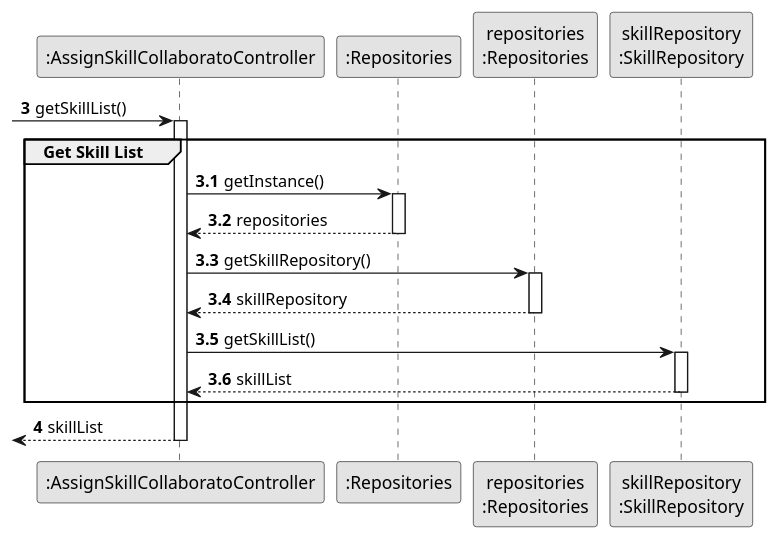
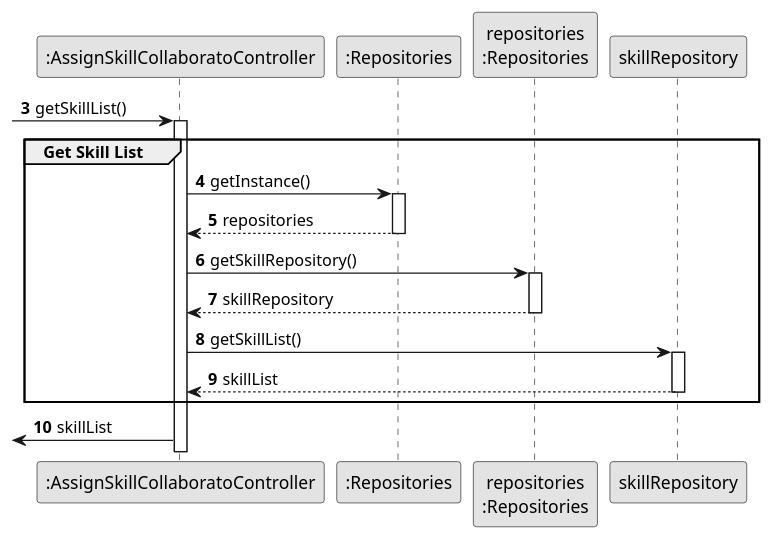
One commit to SAEmanuel/Green_Spaces_Management_ISEP changed the diagram in docs/sprintB/us004/03.design/puml/us004-sequence-diagram-partial-get-skill-list.puml. Above: the diagram before and after it, drawn with PlantUML. The commit also changed 31 other files, not shown here.

```diff
--- a/docs/sprintB/us004/03.design/puml/us004-sequence-diagram-partial-get-skill-list.puml
+++ b/docs/sprintB/us004/03.design/puml/us004-sequence-diagram-partial-get-skill-list.puml
@@ -1,48 +1,43 @@
 @startuml
 skinparam monochrome true
 skinparam packageStyle rectangle
 skinparam shadowing false
 
 autonumber
 
 'hide footbox
 
 participant ":AssignSkillCollaboratoController" as CTRL
 participant ":Repositories" as RepositorySingleton
 participant "repositories\n:Repositories" as PLAT
-participant "skillRepository\n:SkillRepository" as TaskCategoryRepository
 
 autonumber 3
 
- -> CTRL : getSkillList()
-autonumber 3.1
+ -> CTRL :getSkillList()
+
 activate CTRL
-    group Get Skill List
-
+group Get Skill List
 
             CTRL -> RepositorySingleton : getInstance()
             activate RepositorySingleton
 
-                RepositorySingleton --> CTRL: repositories
+            RepositorySingleton --> CTRL : repositories
             deactivate RepositorySingleton
 
             CTRL -> PLAT : getSkillRepository()
             activate PLAT
 
-                PLAT --> CTRL: skillRepository
+            PLAT --> CTRL : skillRepository
             deactivate PLAT
 
-            CTRL -> TaskCategoryRepository : getSkillList()
-            activate TaskCategoryRepository
+            CTRL -> skillRepository : getSkillList()
+            activate skillRepository
 
-                TaskCategoryRepository --> CTRL : skillList
-            deactivate TaskCategoryRepository
+            skillRepository --> CTRL : skillList
+            deactivate skillRepository
 
-
-    end
-    autonumber 4
-    <-- CTRL  : skillList
-deactivate CTRL
+end
+             <- CTRL  :  skillList
 
 
 @enduml
```
